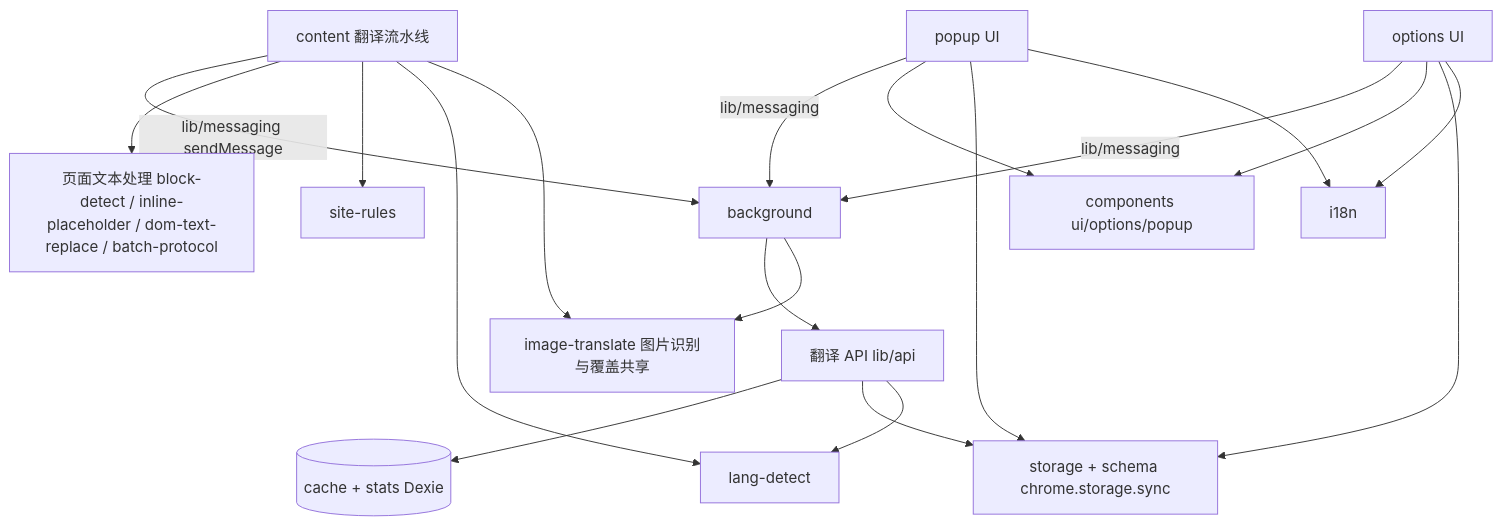
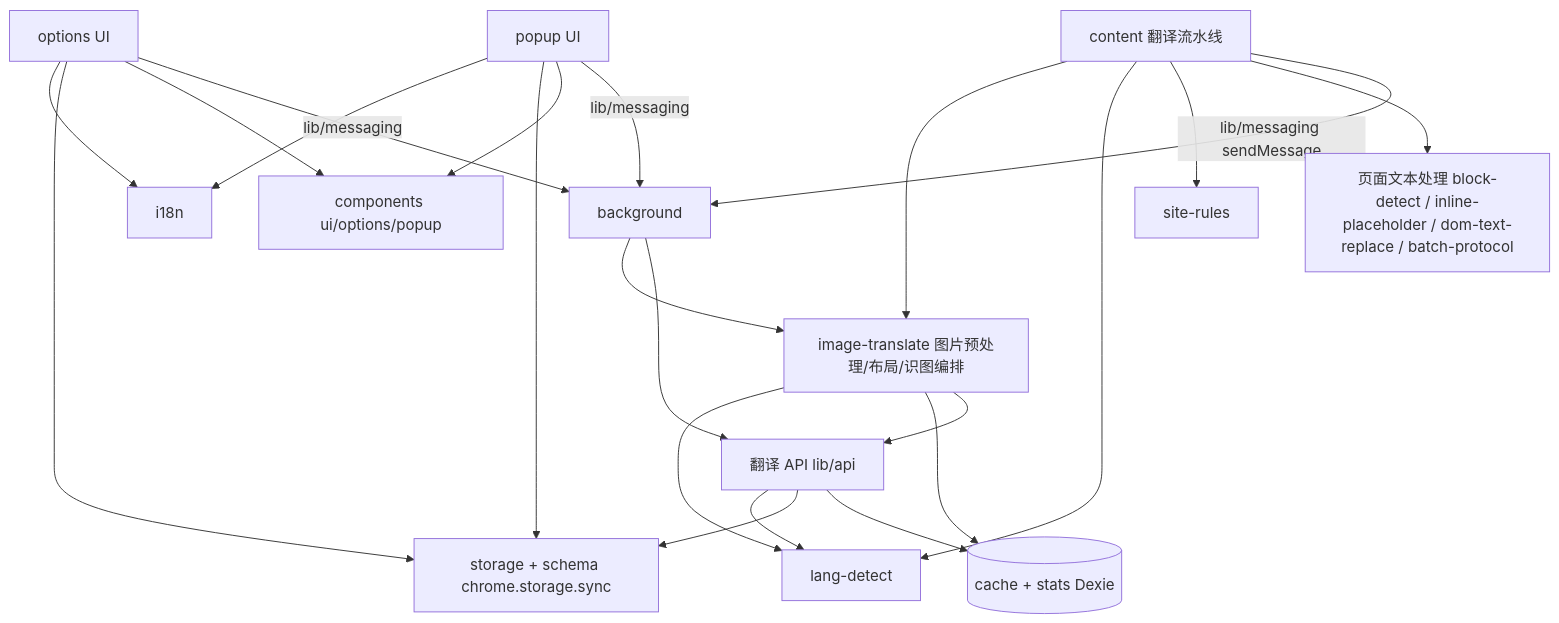
One commit to HodgeWen/translator changed the diagram in .agents/docs/CODE-MAP.md. Above: the diagram before and after it, drawn with Mermaid. The commit also changed other lines of this file and 9 other files, not shown here.

First line of the commit message:
feat(image-translate): 图片获取、识别缓存与 background 编排

````diff
--- a/.agents/docs/CODE-MAP.md
+++ b/.agents/docs/CODE-MAP.md
@@ -52,21 +52,24 @@
 ```mermaid
 graph TD
     content[content 翻译流水线] -->|lib/messaging sendMessage| background[background]
     popup[popup UI] -->|lib/messaging| background
     options[options UI] -->|lib/messaging| background
     content --> textproc[页面文本处理 block-detect / inline-placeholder / dom-text-replace / batch-protocol]
     content --> siterules[site-rules]
     content --> langdetect[lang-detect]
-    content --> imagetranslate[image-translate 图片识别与覆盖共享]
+    content --> imagetranslate[image-translate 图片预处理/布局/识图编排]
     background --> api[翻译 API lib/api]
     background --> imagetranslate
+    imagetranslate --> api
+    imagetranslate --> cache
+    imagetranslate --> langdetect
     popup --> uicomp[components ui/options/popup]
     options --> uicomp
     api --> cache[(cache + stats Dexie)]
     api --> storage[storage + schema chrome.storage.sync]
     api --> langdetect[lang-detect]
     popup --> storage
     options --> storage
     popup --> i18n[i18n]
     options --> i18n
 ```
````
